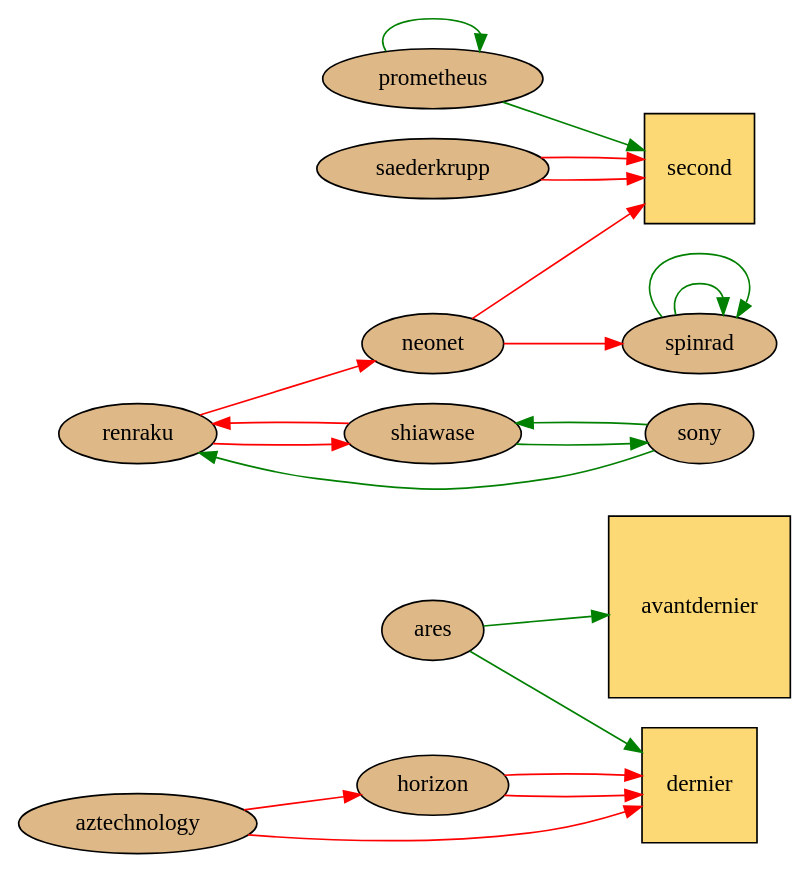
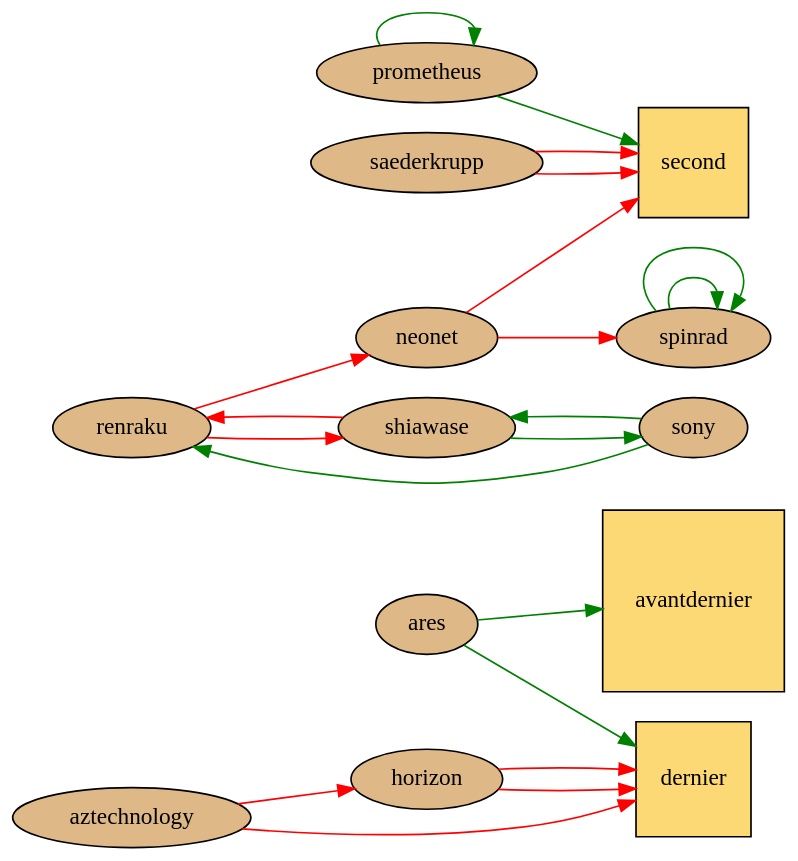
One commit to Neamar/corporate changed the diagram in datas/graphviz/first.dot. Above: the diagram before and after it, drawn with Graphviz. The commit also changed 4 other files, not shown here.

Commit message:
SVG graphs

```diff
--- a/datas/graphviz/first.dot
+++ b/datas/graphviz/first.dot
@@ -1,49 +1,51 @@
+# dot -T svg datas/graphviz/first.dot > website/static/graphviz/first.svg
 digraph g{
   graph [
       rankdir = "LR"
+      bgcolor=transparent
   ];
 
   ares [shape=ellipse,fillcolor="burlywood",style="filled"];
   aztechnology [shape=ellipse,fillcolor="burlywood",style="filled"];
   horizon [shape=ellipse,fillcolor="burlywood",style="filled"];
   neonet [shape=ellipse,fillcolor="burlywood",style="filled"];
   prometheus [shape=ellipse,fillcolor="burlywood",style="filled"];
   renraku [shape=ellipse,fillcolor="burlywood",style="filled"];
   saederkrupp [shape=ellipse,fillcolor="burlywood",style="filled"];
   shiawase [shape=ellipse,fillcolor="burlywood",style="filled"];
   sony [shape=ellipse,fillcolor="burlywood",style="filled"];
   spinrad [shape=ellipse,fillcolor="burlywood",style="filled"];
   second [shape=square,fillcolor="#FCD975",style="filled"];
   avantdernier [shape=square,fillcolor="#FCD975",style="filled"];
   dernier [shape=square,fillcolor="#FCD975",style="filled"];
 
   ares -> avantdernier [color="green"];
   ares -> dernier [color="green"];
 
   aztechnology -> horizon [color="red"];
   aztechnology -> dernier [color="red"];
 
   horizon-> dernier [color="red"];
   horizon-> dernier [color="red"];
 
   neonet -> spinrad [color="red"];
   neonet -> second [color="red"];
 
   prometheus -> prometheus [color="green"];
   prometheus -> second [color="green"];
 
   renraku -> neonet [color="red"];
   renraku -> shiawase [color="red"];
 
   saederkrupp -> second [color="red"];
   saederkrupp -> second [color="red"];
 
   shiawase -> renraku [color="red"];
   shiawase -> sony [color="green"];
 
   sony -> renraku [color="green"];
   sony -> shiawase [color="green"];
 
   spinrad -> spinrad [color="green"];
   spinrad -> spinrad [color="green"];
 }
```
